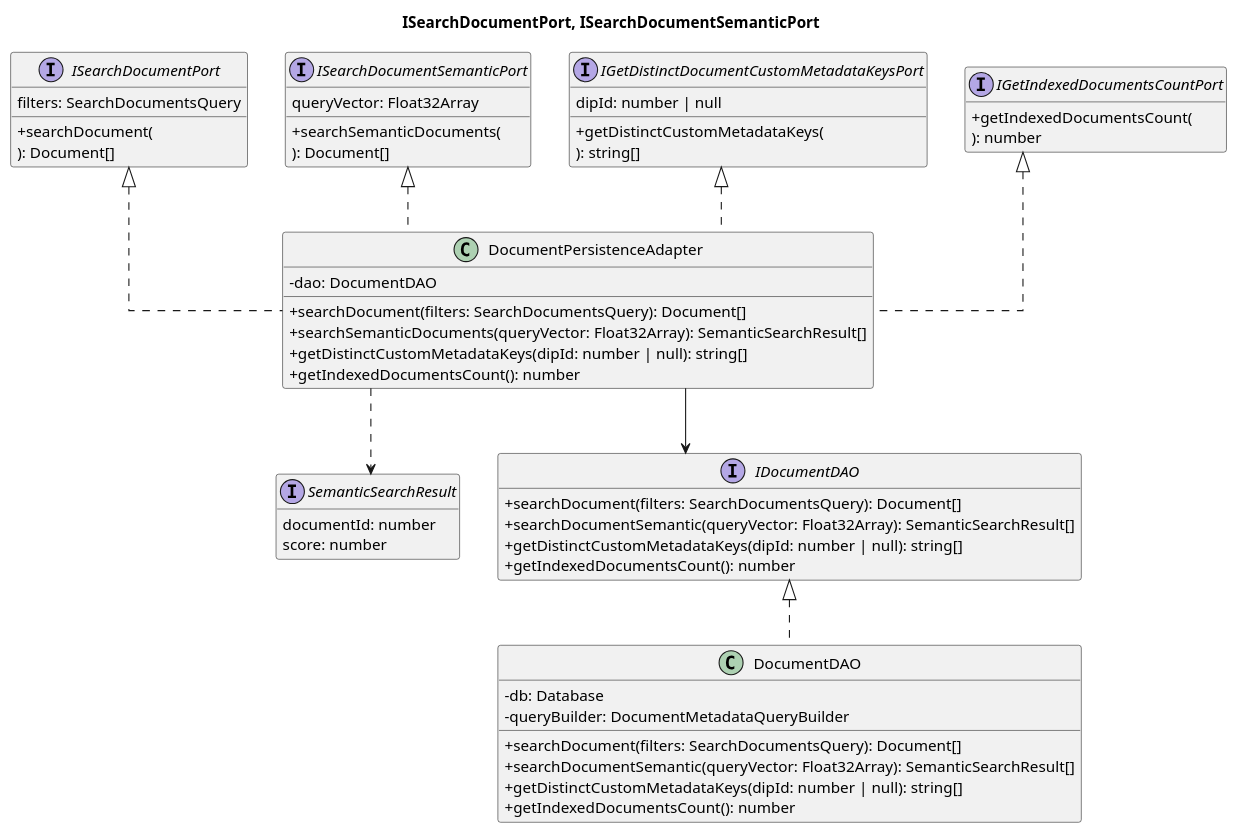
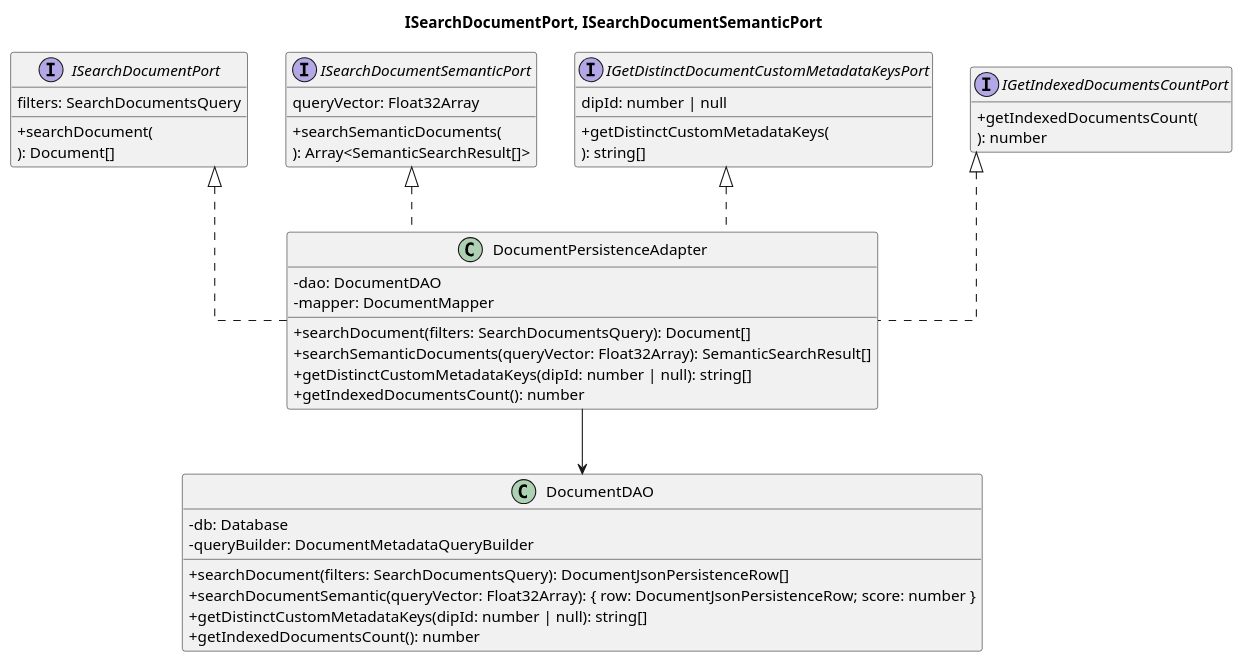
Before and after one commit to 7-ZPUs/Docs: the ninth of 15 diagrams in 3_PB/DocumentiEsterni/DiagrammiSpecificaTecnica/C4/C4_backend_Search.puml, drawn with PlantUML. The commit also changed other lines of this file and 7 other files, not shown here.

```diff
--- a/3_PB/DocumentiEsterni/DiagrammiSpecificaTecnica/C4/C4_backend_Search.puml
+++ b/3_PB/DocumentiEsterni/DiagrammiSpecificaTecnica/C4/C4_backend_Search.puml
@@ -234,63 +229,51 @@
 @startuml
 title ISearchDocumentPort, ISearchDocumentSemanticPort
 
 skinparam classAttributeIconSize 0
 skinparam linetype ortho
 hide empty members
 
 interface ISearchDocumentPort {
     + searchDocument(
         filters: SearchDocumentsQuery
     ): Document[]
 }
 
 interface ISearchDocumentSemanticPort {
     + searchSemanticDocuments(
         queryVector: Float32Array
-    ): Document[]
+    ): Array<SemanticSearchResult[]>
 }
 
 interface IGetDistinctDocumentCustomMetadataKeysPort {
     + getDistinctCustomMetadataKeys(
         dipId: number | null
     ): string[]
 }
 
 interface IGetIndexedDocumentsCountPort {
     + getIndexedDocumentsCount(
     ): number
 }
 
 class DocumentPersistenceAdapter implements ISearchDocumentPort, ISearchDocumentSemanticPort, IGetDistinctDocumentCustomMetadataKeysPort, IGetIndexedDocumentsCountPort {
     - dao: DocumentDAO
+    - mapper: DocumentMapper
     + searchDocument(filters: SearchDocumentsQuery): Document[]
     + searchSemanticDocuments(queryVector: Float32Array): SemanticSearchResult[]
     + getDistinctCustomMetadataKeys(dipId: number | null): string[]
     + getIndexedDocumentsCount(): number
 }
 
-interface SemanticSearchResult {
-    documentId: number
-    score: number
-}
-
-interface IDocumentDAO {
-    + searchDocument(filters: SearchDocumentsQuery): Document[]
-    + searchDocumentSemantic(queryVector: Float32Array): SemanticSearchResult[]
+class DocumentDAO {
+    - db: Database
+    - queryBuilder: DocumentMetadataQueryBuilder
+    + searchDocument(filters: SearchDocumentsQuery): DocumentJsonPersistenceRow[]
+    + searchDocumentSemantic(queryVector: Float32Array): { row: DocumentJsonPersistenceRow; score: number }
     + getDistinctCustomMetadataKeys(dipId: number | null): string[]
     + getIndexedDocumentsCount(): number
 }
 
-class DocumentDAO implements IDocumentDAO {
-    - db: Database
-    - queryBuilder: DocumentMetadataQueryBuilder
-    + searchDocument(filters: SearchDocumentsQuery): Document[]
-    + searchDocumentSemantic(queryVector: Float32Array): SemanticSearchResult[]
-    + getDistinctCustomMetadataKeys(dipId: number | null): string[]
-    + getIndexedDocumentsCount(): number
-}
-
-DocumentPersistenceAdapter --> IDocumentDAO 
-DocumentPersistenceAdapter ..> SemanticSearchResult 
+DocumentPersistenceAdapter --> DocumentDAO 
 
 @enduml
```
